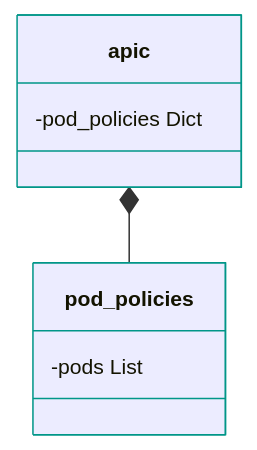
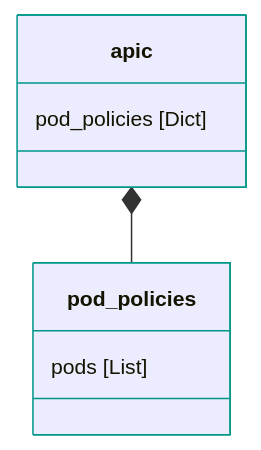
One commit to netascode/terraform-aci-nac-aci changed the first of 3 diagrams in docs/data_model/overview.md. Above: the diagram before and after it, drawn with Mermaid. The commit also changed other lines of this file and 1 other file, not shown here.

Commit message:
Improve diagram readability

````diff
--- a/docs/data_model/overview.md
+++ b/docs/data_model/overview.md
@@ -16,7 +15,7 @@
 ```mermaid
 %%{init: {'themeVariables': {'nodeBorder': '#009688', 'fontSize':'14px'}}}%%
 classDiagram
 apic *-- pod_policies
-apic : -pod_policies Dict
-pod_policies : -pods List
+apic : pod_policies [Dict]
+pod_policies : pods [List]
 ```
````
